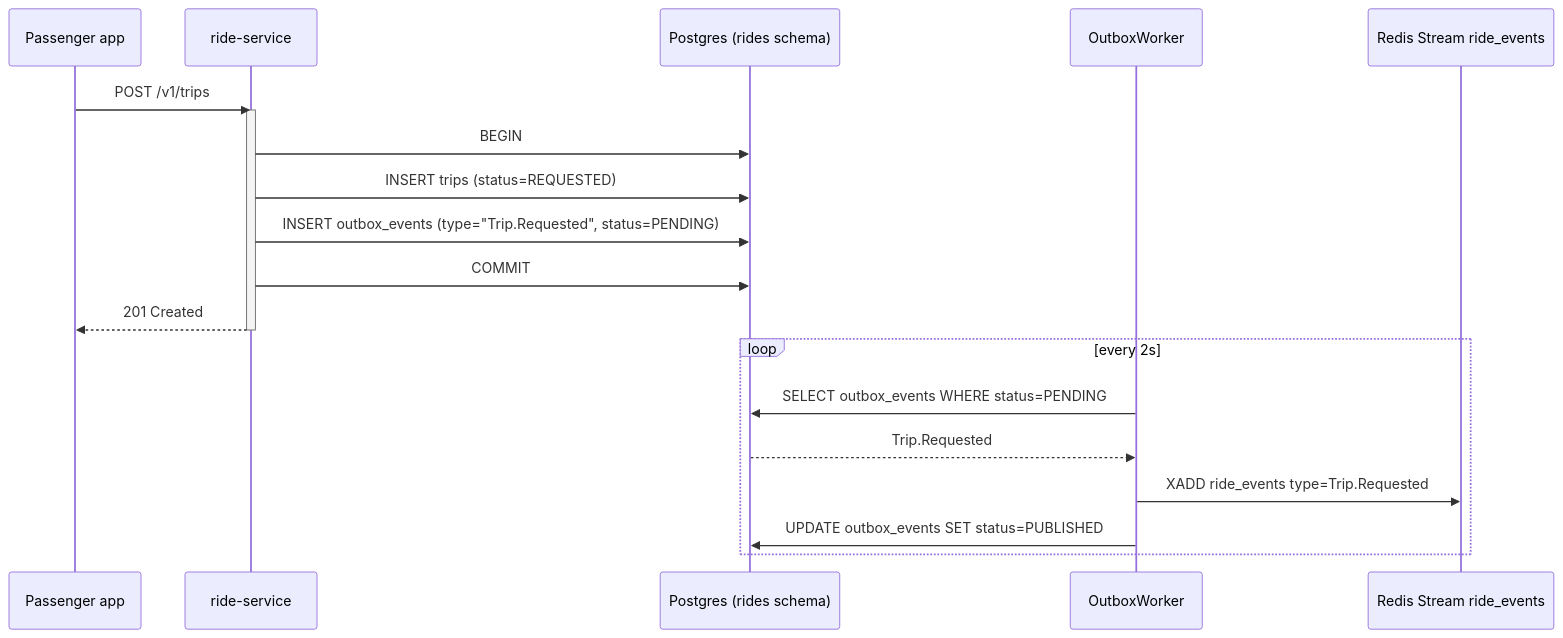
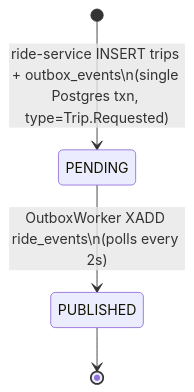
One commit to Ama2352/vroom-services changed the first of 2 diagrams in README.md. Above: the diagram before and after it, drawn with Mermaid. The commit also changed other lines of this file and 1 other file, not shown here.

````diff
--- a/README.md
+++ b/README.md
@@ -43,24 +43,6 @@
 ```mermaid
-sequenceDiagram
-    participant C as Passenger app
-    participant R as ride-service
-    participant PG as Postgres (rides schema)
-    participant OW as OutboxWorker
-    participant RS as Redis Stream ride_events
-
-    C->>R: POST /v1/trips
-    activate R
-    R->>PG: BEGIN
-    R->>PG: INSERT trips (status=REQUESTED)
-    R->>PG: INSERT outbox_events (type="Trip.Requested", status=PENDING)
-    R->>PG: COMMIT
-    R-->>C: 201 Created
-    deactivate R
-
-    loop every 2s
-        OW->>PG: SELECT outbox_events WHERE status=PENDING
-        PG-->>OW: Trip.Requested
-        OW->>RS: XADD ride_events type=Trip.Requested
-        OW->>PG: UPDATE outbox_events SET status=PUBLISHED
-    end
+stateDiagram-v2
+    [*] --> PENDING: ride-service INSERT trips + outbox_events\n(single Postgres txn, type=Trip.Requested)
+    PENDING --> PUBLISHED: OutboxWorker XADD ride_events\n(polls every 2s)
+    PUBLISHED --> [*]
 ```
````
